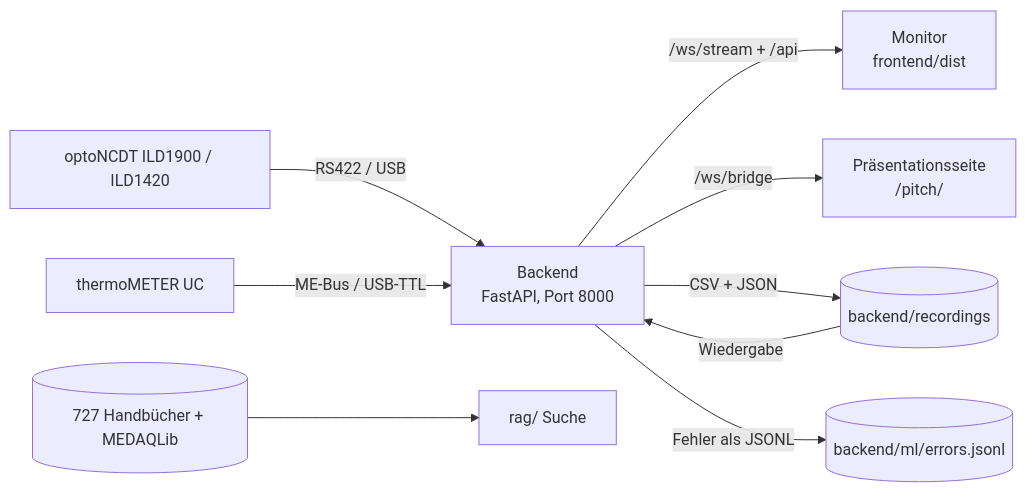
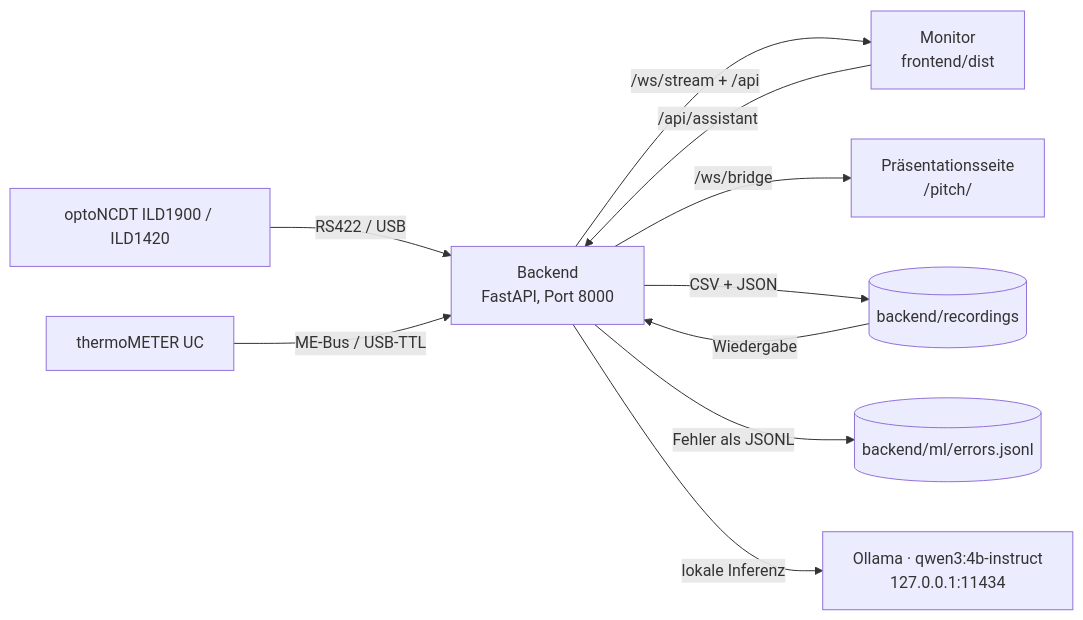
One commit to ABChanakya/Hackathon-micron-epsilon changed the diagram in README.md. Above: the diagram before and after it, drawn with Mermaid. The commit also changed other lines of this file and 98 other files, not shown here.

Commit message:
Modernize Sensor Cockpit and connect local Ollama assistant

````diff
--- a/README.md
+++ b/README.md
@@ -72,11 +97,12 @@
 ```mermaid
 flowchart LR
   S1[optoNCDT ILD1900 / ILD1420] -- RS422 / USB --> B
   S2[thermoMETER UC] -- ME-Bus / USB-TTL --> B
   B[Backend<br/>FastAPI, Port 8000] -- /ws/stream + /api --> M[Monitor<br/>frontend/dist]
   B -- /ws/bridge --> L[Präsentationsseite<br/>/pitch/]
   B -- CSV + JSON --> R[(backend/recordings)]
   B -- Fehler als JSONL --> E[(backend/ml/errors.jsonl)]
   R -- Wiedergabe --> B
-  D[(727 Handbücher + MEDAQLib)] --> Q[rag/ Suche]
+  M -- /api/assistant --> B
+  B -- lokale Inferenz --> A[Ollama · qwen3:4b-instruct<br/>127.0.0.1:11434]
 ```
````
